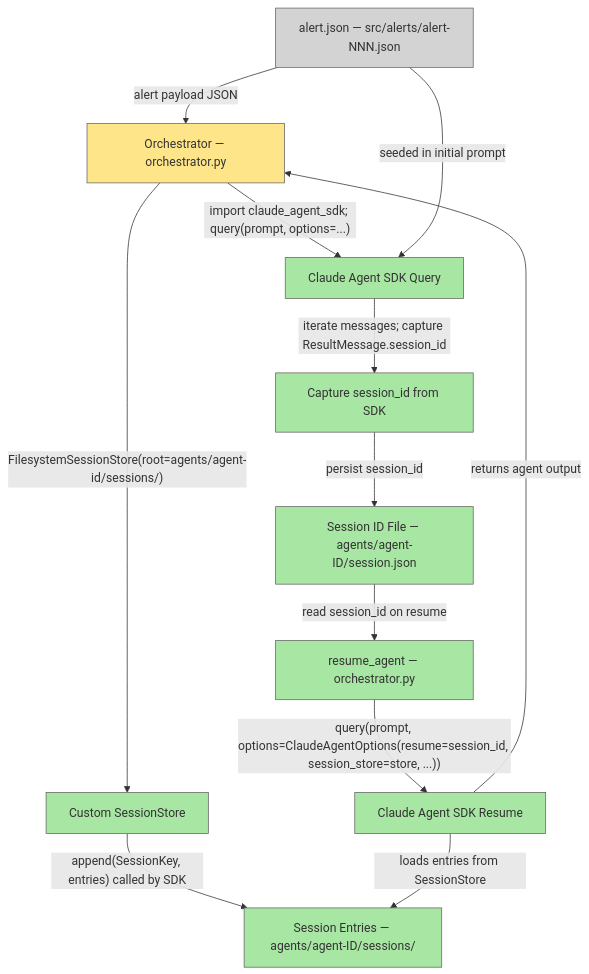
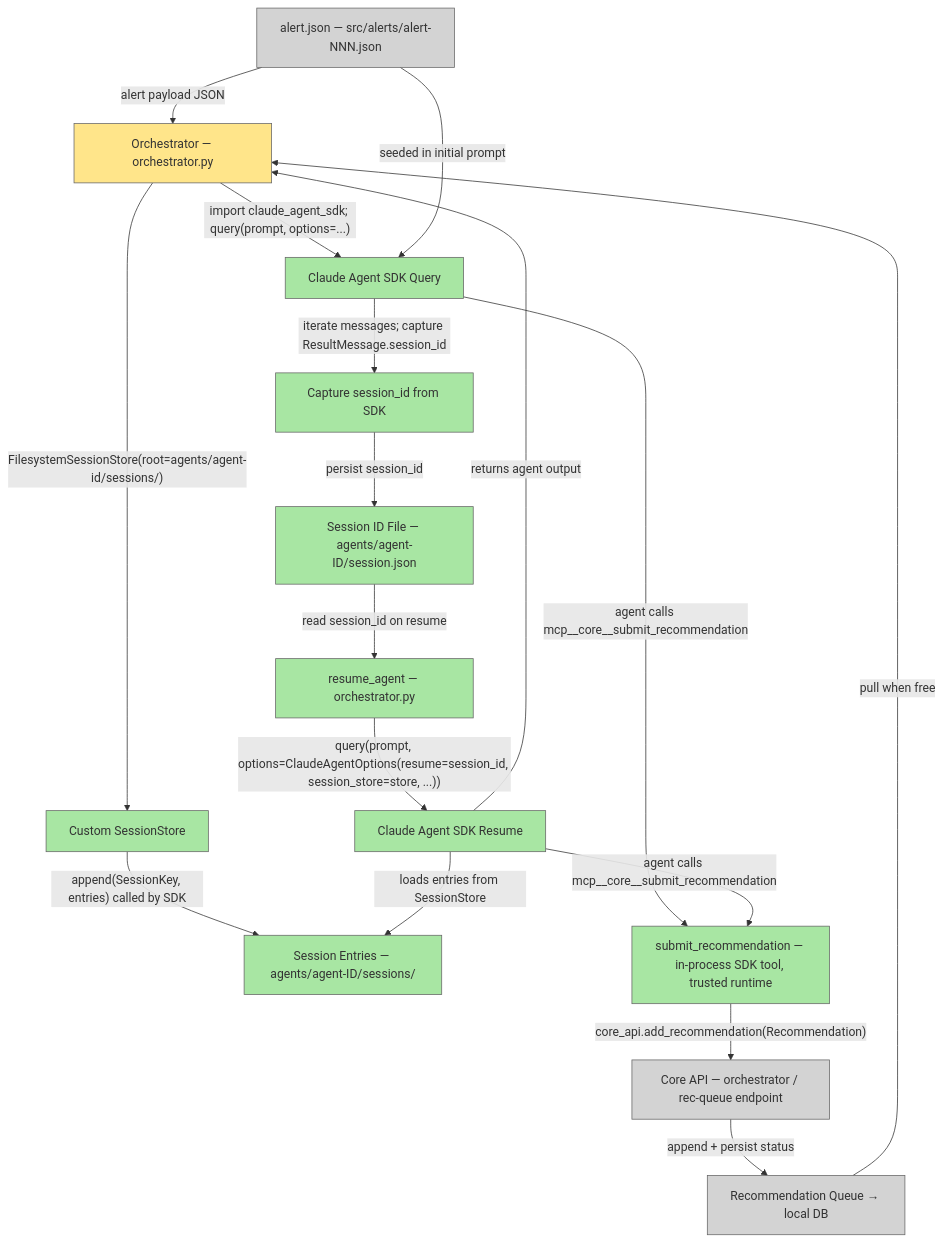
Before and after one commit to lewibs/agent_sys_design: the diagram in docs/plans/2026-06-14-agent-environment-runtime.md, drawn with Mermaid. The commit also changed other lines of this file and 2 other files, not shown here.

````diff
--- a/docs/plans/2026-06-14-agent-environment-runtime.md
+++ b/docs/plans/2026-06-14-agent-environment-runtime.md
@@ -38,18 +51,23 @@
 ```mermaid
 graph TD
   AlertJSON["alert.json — src/alerts/alert-NNN.json"]:::unchanged -->|"alert payload JSON"| Orch["Orchestrator — orchestrator.py"]:::updated
   Orch -->|"import claude_agent_sdk; query(prompt, options=...)"| SDKQuery["Claude Agent SDK Query"]:::created
   AlertJSON -->|"seeded in initial prompt"| SDKQuery
   SDKQuery -->|"iterate messages; capture ResultMessage.session_id"| SessionCapture["Capture session_id from SDK"]:::created
   SessionCapture -->|"persist session_id"| SessionJSON["Session ID File — agents/agent-ID/session.json"]:::created
   Orch -->|"FilesystemSessionStore(root=agents/agent-id/sessions/)"| Store["Custom SessionStore"]:::created
   Store -->|"append(SessionKey, entries) called by SDK"| SessionDirLocal["Session Entries — agents/agent-ID/sessions/"]:::created
   SessionJSON -->|"read session_id on resume"| ResumeFlow["resume_agent — orchestrator.py"]:::created
   ResumeFlow -->|"query(prompt, options=ClaudeAgentOptions(resume=session_id, session_store=store, ...))"| SDKResume["Claude Agent SDK Resume"]:::created
   SDKResume -->|"loads entries from SessionStore"| SessionDirLocal
   SDKResume -->|"returns agent output"| Orch
+  SDKQuery -->|"agent calls mcp__core__submit_recommendation"| CoreTool["submit_recommendation — in-process SDK tool, trusted runtime"]:::created
+  SDKResume -->|"agent calls mcp__core__submit_recommendation"| CoreTool
+  CoreTool -->|"core_api.add_recommendation(Recommendation)"| CoreAPI["Core API — orchestrator / rec-queue endpoint"]:::unchanged
+  CoreAPI -->|"append + persist status"| RecQueue["Recommendation Queue → local DB"]:::unchanged
+  RecQueue -->|"pull when free"| Orch
 
   classDef unchanged fill:#d3d3d3,stroke:#666,stroke-width:1px;
   classDef updated fill:#ffe58a,stroke:#666,stroke-width:1px;
   classDef created fill:#a8e6a3,stroke:#666,stroke-width:1px;
 ```
````
